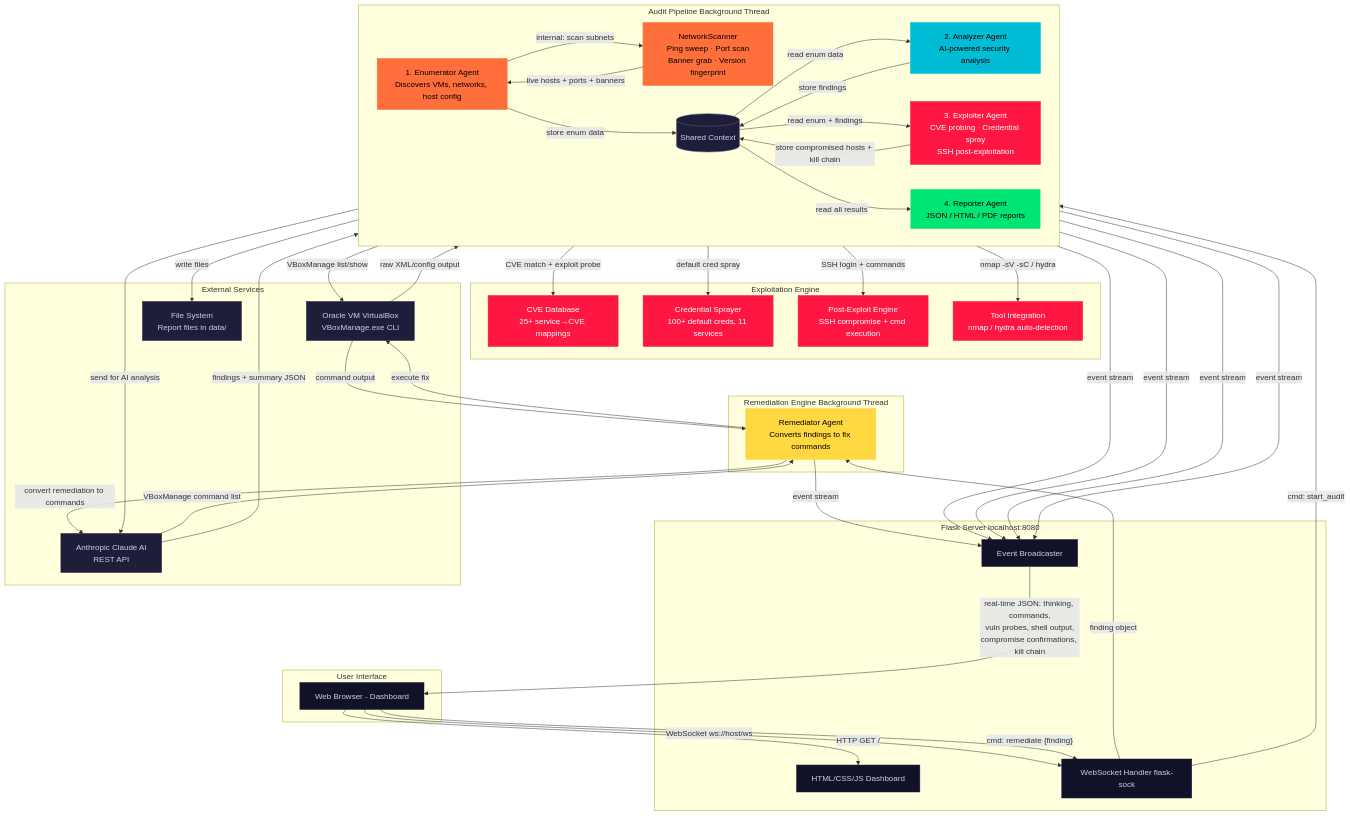
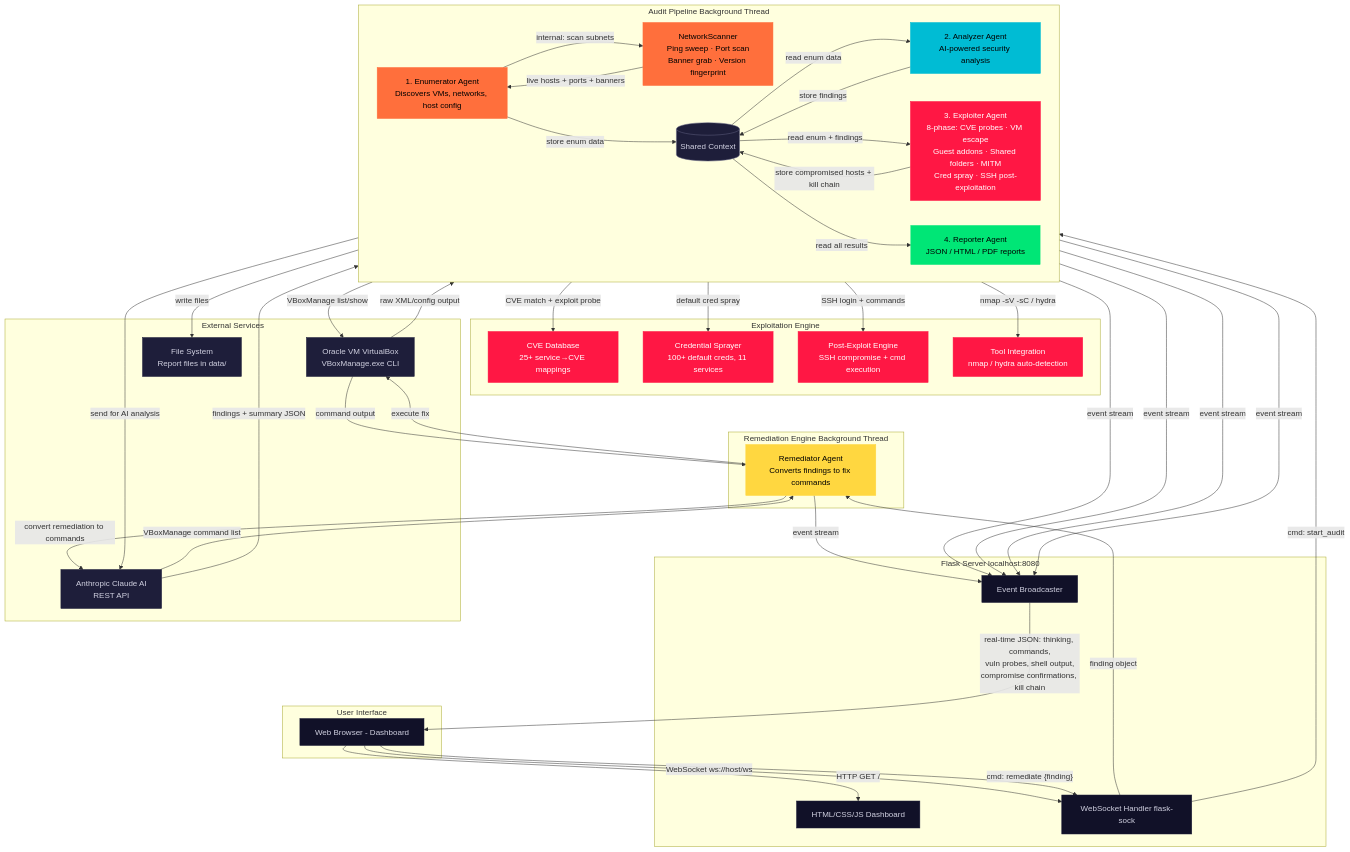
Before and after one commit to ritvikindupuri/vboxenumeration: the diagram in README.md, drawn with Mermaid. The commit also changed other lines of this file, not shown here.

Commit message:
Update README with new 8-phase exploiter, remediation tab, findings header, and dashboard layout changes

```diff
--- a/README.md
+++ b/README.md
@@ -26,7 +26,7 @@
         NS[NetworkScanner<br/>Ping sweep · Port scan<br/>Banner grab · Version fingerprint]
         Ctx[(Shared Context)]
         A[2. Analyzer Agent<br/>AI-powered security analysis]
-        X[3. Exploiter Agent<br/>CVE probing · Credential spray<br/>SSH post-exploitation]
+        X[3. Exploiter Agent<br/>8-phase: CVE probes · VM escape<br/>Guest addons · Shared folders · MITM<br/>Cred spray · SSH post-exploitation]
         Rp[4. Reporter Agent<br/>JSON / HTML / PDF reports]
     end
 
```
